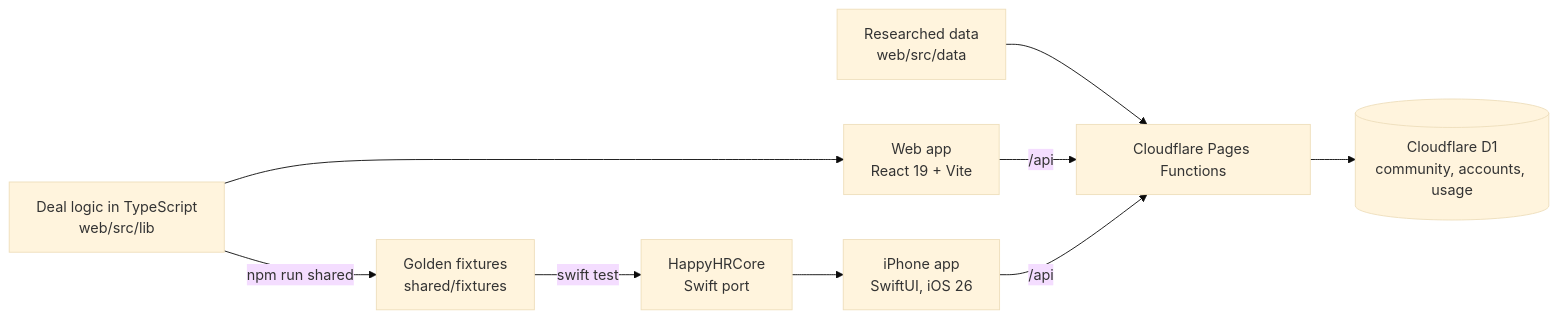
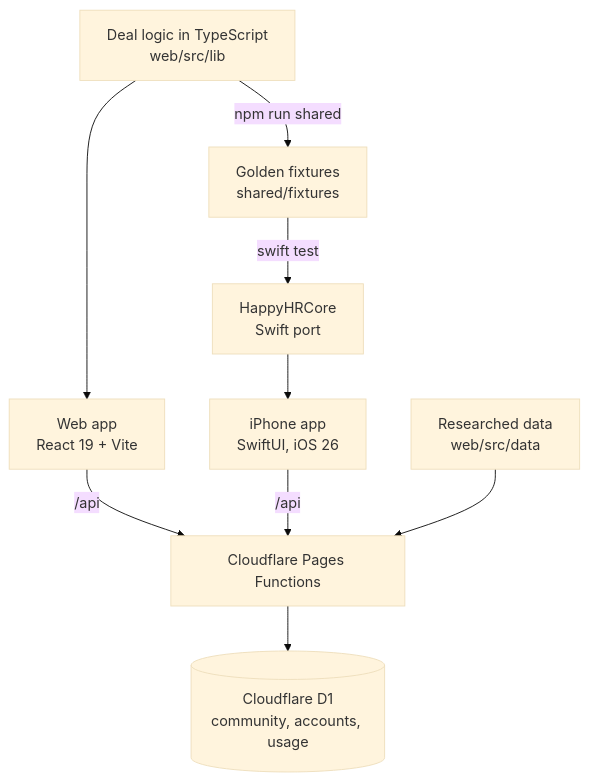
Before and after one commit to connorrieger-cpu/happy-hr-app: the diagram in README.md, drawn with Mermaid (base theme).

Commit message:
Draw the README's diagram top to bottom so its labels are readable

````diff
--- a/README.md
+++ b/README.md
@@ -37,11 +37,12 @@
 ```mermaid
-flowchart LR
-  data["Researched data<br/>web/src/data"] --> api
-  logic["Deal logic in TypeScript<br/>web/src/lib"] --> web
+flowchart TB
+  logic["Deal logic in TypeScript<br/>web/src/lib"]
+  logic --> web["Web app<br/>React 19 + Vite"]
   logic -- "npm run shared" --> fixtures["Golden fixtures<br/>shared/fixtures"]
   fixtures -- "swift test" --> core["HappyHRCore<br/>Swift port"]
-  core --> ios
-  web["Web app<br/>React 19 + Vite"] -- "/api" --> api["Cloudflare Pages Functions"]
-  ios["iPhone app<br/>SwiftUI, iOS 26"] -- "/api" --> api
+  core --> ios["iPhone app<br/>SwiftUI, iOS 26"]
+  web -- "/api" --> api["Cloudflare Pages Functions"]
+  ios -- "/api" --> api
+  data["Researched data<br/>web/src/data"] --> api
   api --> db[("Cloudflare D1<br/>community, accounts, usage")]
 ```
````
